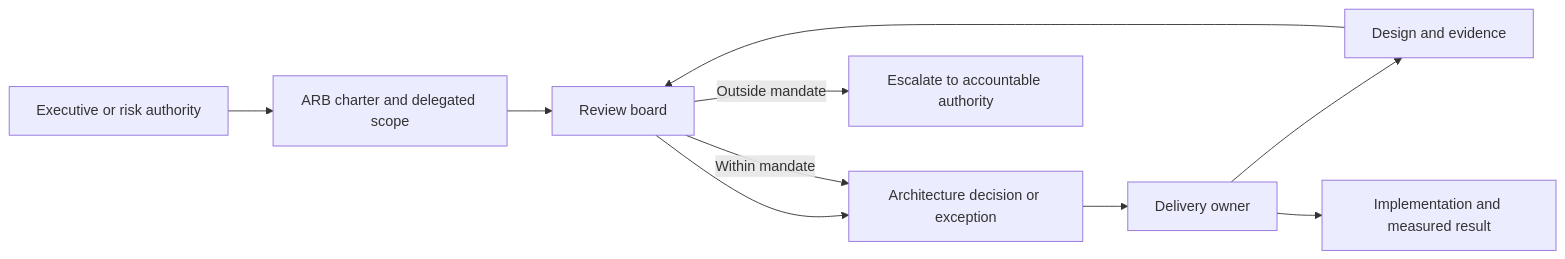
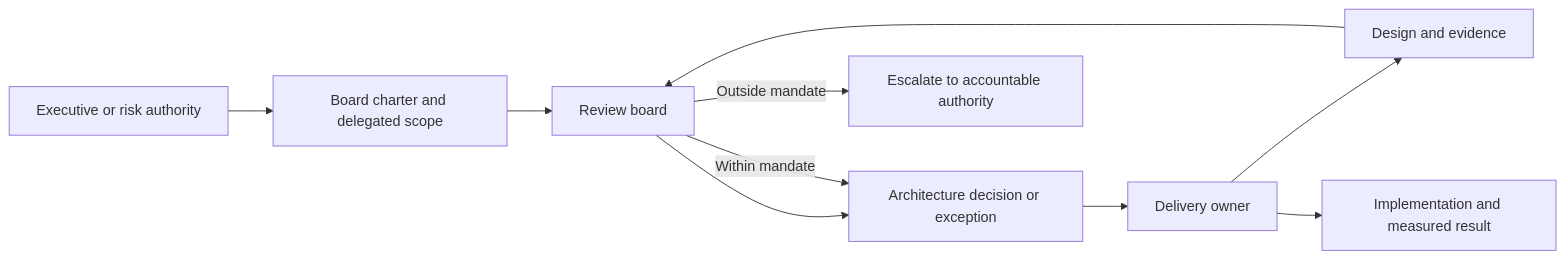
Before and after one commit to joydasss/Architect: the first of 10 diagrams in 18_Enterprise_Architecture/CH09_Architecture_Review_Boards.md, drawn with Mermaid. The commit also changed other lines of this file and 22 other files, not shown here.

Commit message:
Architecture changes

````diff
--- a/18_Enterprise_Architecture/CH09_Architecture_Review_Boards.md
+++ b/18_Enterprise_Architecture/CH09_Architecture_Review_Boards.md
@@ -11,12 +77,12 @@
 ```mermaid
 flowchart LR
-    Executive[Executive or risk authority] --> Charter[ARB charter and delegated scope]
+    Executive[Executive or risk authority] --> Charter[Board charter and delegated scope]
     Charter --> Board[Review board]
     Board --> Decision[Architecture decision or exception]
     Delivery[Delivery owner] --> Proposal[Design and evidence]
     Proposal --> Board
     Board -->|Within mandate| Decision
     Board -->|Outside mandate| Escalation[Escalate to accountable authority]
     Decision --> Delivery
     Delivery --> Outcome[Implementation and measured result]
 ```
````
